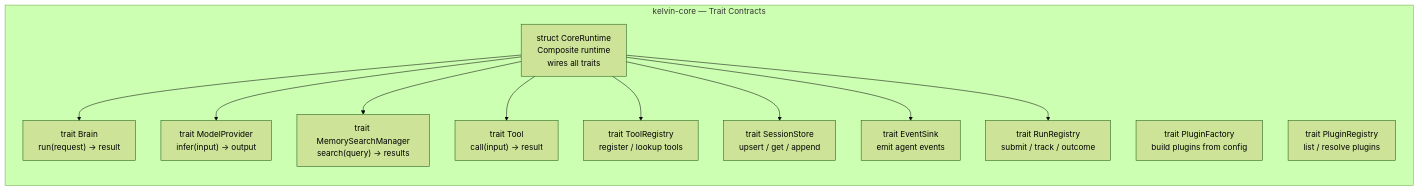
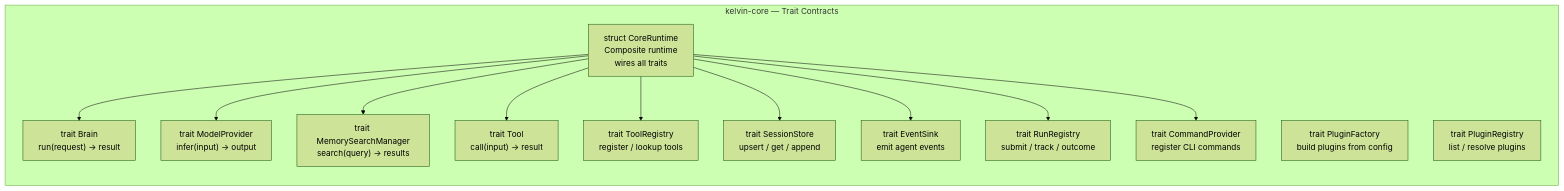
The seventh of 7 diagrams in docs/architecture/c4-level3-component.md (AgenticHighway/kelvinclaw), drawn with Mermaid (forest theme) before and after one commit. The commit also changed other lines of this file and 3 other files, not shown here.

Commit message:
feat(docs): enhance architecture diagrams with DeepWiki API and ToolPack details

````diff
--- a/docs/architecture/c4-level3-component.md
+++ b/docs/architecture/c4-level3-component.md
@@ -142,25 +167,27 @@
 ```mermaid
 flowchart LR
     subgraph Core["kelvin-core — Trait Contracts"]
         Brain["trait Brain\nrun(request) → result"]
         ModelProvider["trait ModelProvider\ninfer(input) → output"]
         MemSearch["trait MemorySearchManager\nsearch(query) → results"]
         Tool["trait Tool\ncall(input) → result"]
         ToolReg["trait ToolRegistry\nregister / lookup tools"]
         SessionStore["trait SessionStore\nupsert / get / append"]
         EventSink["trait EventSink\nemit agent events"]
         PluginFactory["trait PluginFactory\nbuild plugins from config"]
         PluginRegistry["trait PluginRegistry\nlist / resolve plugins"]
         RunRegistry["trait RunRegistry\nsubmit / track / outcome"]
+        CommandProv["trait CommandProvider\nregister CLI commands"]
         CoreRuntime["struct CoreRuntime\nComposite runtime\nwires all traits"]
     end
 
     CoreRuntime --> Brain
     CoreRuntime --> ModelProvider
     CoreRuntime --> MemSearch
     CoreRuntime --> Tool
     CoreRuntime --> ToolReg
     CoreRuntime --> SessionStore
     CoreRuntime --> EventSink
     CoreRuntime --> RunRegistry
+    CoreRuntime --> CommandProv
 ```
````
